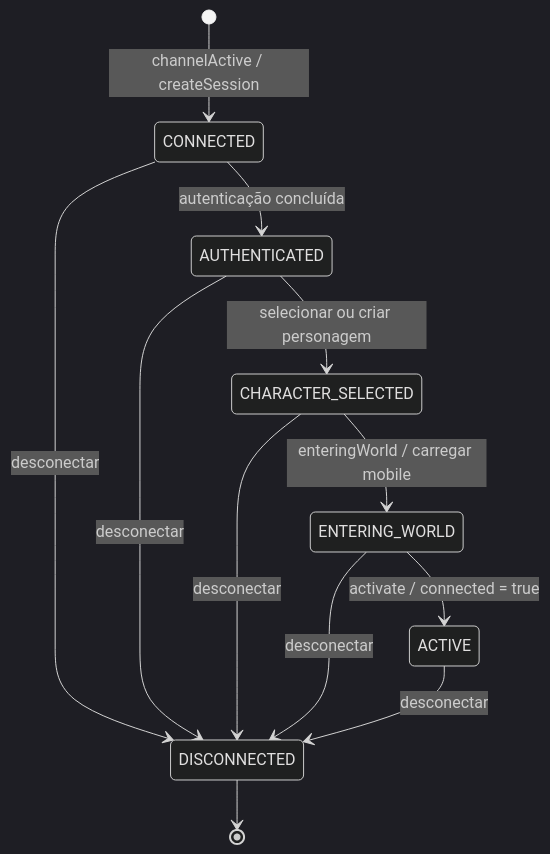
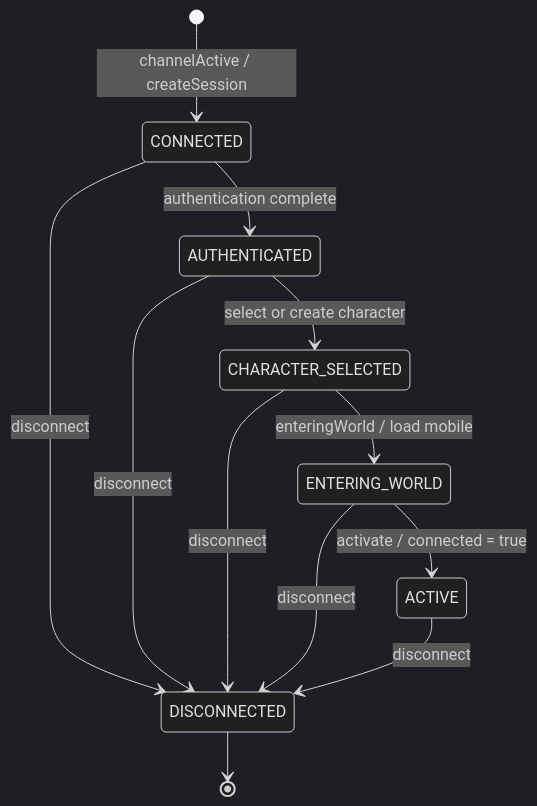
Before and after one commit to mayconr/juoforge-server: the sixth of 7 diagrams in docs/server-sessions.md, drawn with Mermaid (dark theme). The commit also changed other lines of this file and 97 other files, not shown here.

````diff
--- a/docs/server-sessions.md
+++ b/docs/server-sessions.md
@@ -214,14 +214,14 @@
 ```mermaid
 stateDiagram-v2
     [*] --> CONNECTED: channelActive / createSession
-    CONNECTED --> AUTHENTICATED: autenticação concluída
-    AUTHENTICATED --> CHARACTER_SELECTED: selecionar ou criar personagem
-    CHARACTER_SELECTED --> ENTERING_WORLD: enteringWorld / carregar mobile
+    CONNECTED --> AUTHENTICATED: authentication complete
+    AUTHENTICATED --> CHARACTER_SELECTED: select or create character
+    CHARACTER_SELECTED --> ENTERING_WORLD: enteringWorld / load mobile
     ENTERING_WORLD --> ACTIVE: activate / connected = true
-    CONNECTED --> DISCONNECTED: desconectar
-    AUTHENTICATED --> DISCONNECTED: desconectar
-    CHARACTER_SELECTED --> DISCONNECTED: desconectar
-    ENTERING_WORLD --> DISCONNECTED: desconectar
-    ACTIVE --> DISCONNECTED: desconectar
+    CONNECTED --> DISCONNECTED: disconnect
+    AUTHENTICATED --> DISCONNECTED: disconnect
+    CHARACTER_SELECTED --> DISCONNECTED: disconnect
+    ENTERING_WORLD --> DISCONNECTED: disconnect
+    ACTIVE --> DISCONNECTED: disconnect
     DISCONNECTED --> [*]
 ```
````
